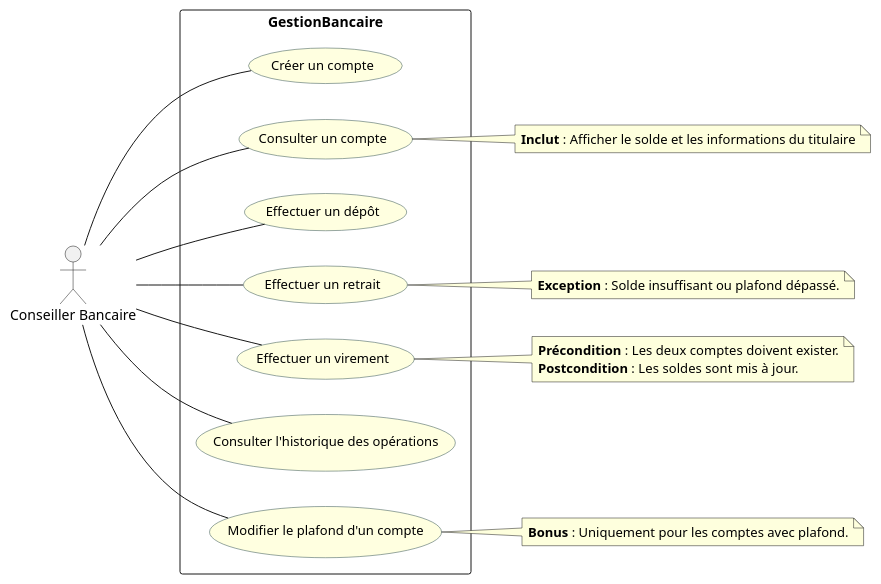
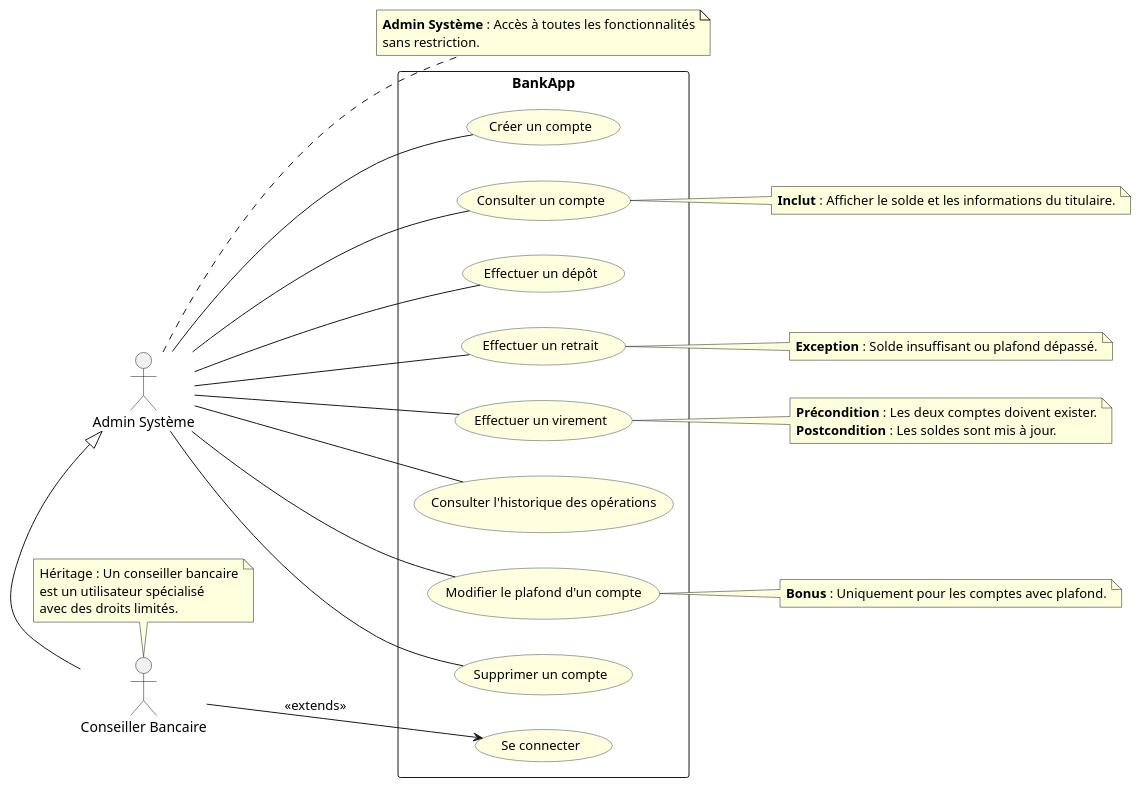
The diagram in src/fr/fms/tpbank/_UML/BankApp_UseCase.puml (matthieu-27/java_advanced), drawn with PlantUML before and after one commit.

Commit message:
TPBank: Cas d'utilisations - Admin Systeme et Conseiller Bancaire

```diff
--- a/src/fr/fms/tpbank/_UML/BankApp_UseCase.puml
+++ b/src/fr/fms/tpbank/_UML/BankApp_UseCase.puml
@@ -1,37 +1,58 @@
 @startuml
 left to right direction
 skinparam usecase {
   BackgroundColor LightYellow
   BorderColor DarkSlateGray
   FontSize 13
 }
 
+' Acteurs
+actor "Admin Système" as Admin
 actor "Conseiller Bancaire" as Advisor
 
-rectangle GestionBancaire {
-  Advisor -- (Créer un compte)
-  Advisor -- (Consulter un compte)
-  Advisor -- (Effectuer un dépôt)
-  Advisor -- (Effectuer un retrait)
-  Advisor -- (Effectuer un virement)
-  Advisor -- (Consulter l'historique des opérations)
-  Advisor -- (Modifier le plafond d'un compte)
+' Relation d'héritage entre acteurs
+Admin <|-right- Advisor
+
+' Cas d'utilisation dans le système bancaire
+rectangle BankApp {
+  Admin -- (Créer un compte)
+  Admin -- (Consulter un compte)
+  Admin -- (Effectuer un dépôt)
+  Admin -- (Effectuer un retrait)
+  Admin -- (Effectuer un virement)
+  Admin -- (Consulter l'historique des opérations)
+  Admin -- (Modifier le plafond d'un compte)
+  Admin -- (Supprimer un compte)
+
+  Advisor -right-> (Se connecter) : <<extends>>
 }
 
+' Notes explicatives
 note right of (Consulter un compte)
-  **Inclut** : Afficher le solde et les informations du titulaire
+  **Inclut** : Afficher le solde et les informations du titulaire.
 end note
 
 note right of (Effectuer un virement)
   **Précondition** : Les deux comptes doivent exister.
   **Postcondition** : Les soldes sont mis à jour.
 end note
 
 note right of (Effectuer un retrait)
   **Exception** : Solde insuffisant ou plafond dépassé.
 end note
 
 note right of (Modifier le plafond d'un compte)
   **Bonus** : Uniquement pour les comptes avec plafond.
 end note
+
+note top of Advisor
+  Héritage : Un conseiller bancaire
+  est un utilisateur spécialisé
+  avec des droits limités.
+end note
+
+note right of Admin
+  **Admin Système** : Accès à toutes les fonctionnalités
+  sans restriction.
+end note
 @enduml
```
